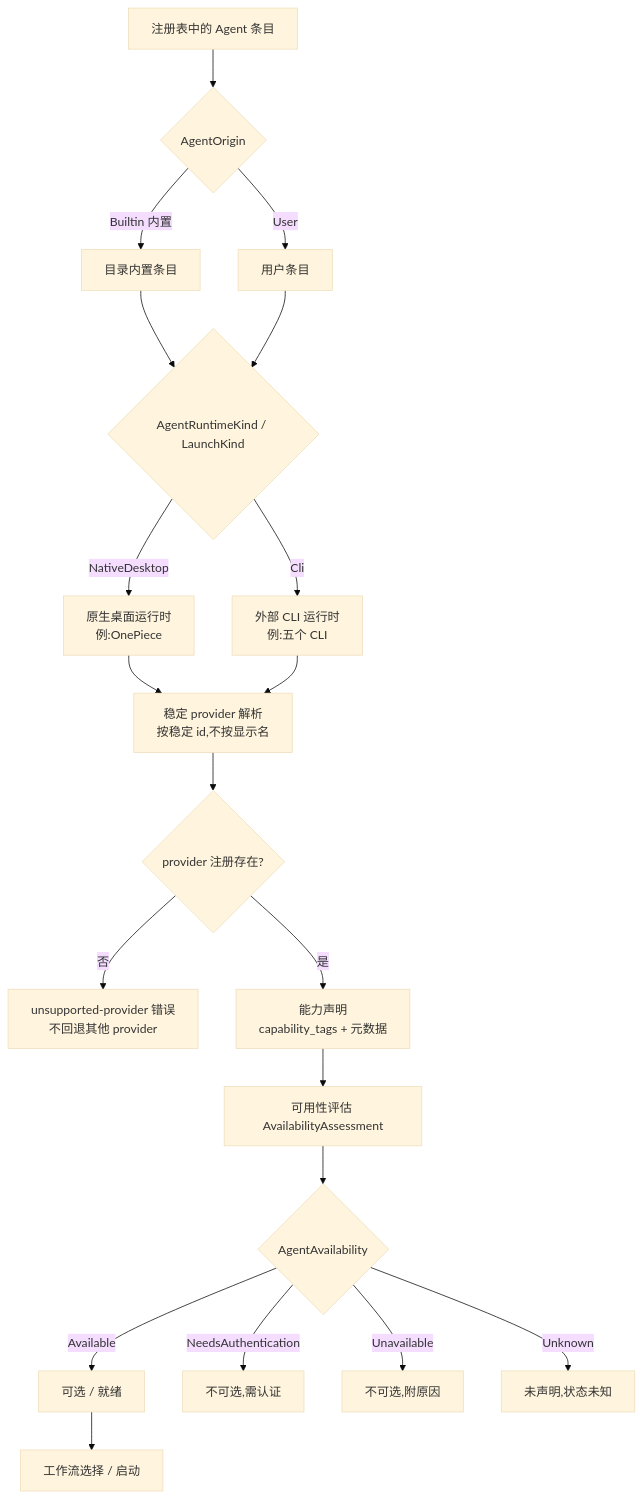
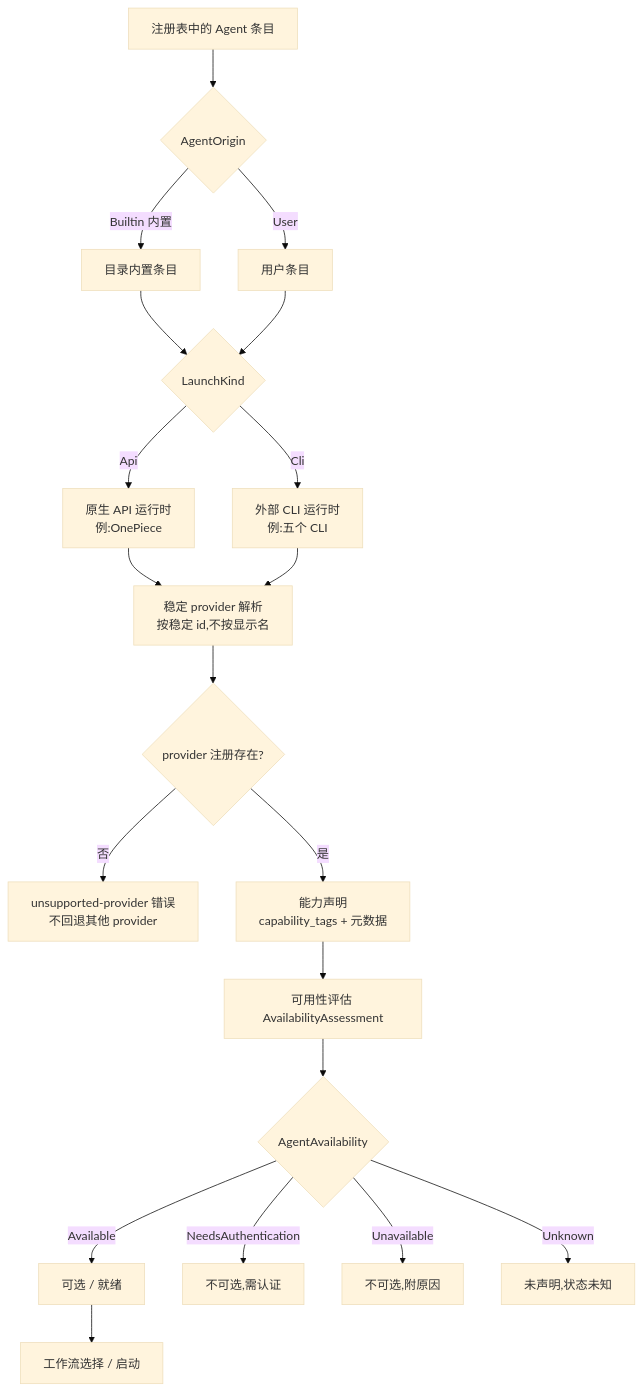
The diagram in docs/developer-guide/zh-CN/src/agent-lifecycle.md (cdavid817/vanehub-ai), drawn with Mermaid (base theme) before and after one commit. The commit also changed other lines of this file and 11 other files, not shown here.

````diff
--- a/docs/developer-guide/zh-CN/src/agent-lifecycle.md
+++ b/docs/developer-guide/zh-CN/src/agent-lifecycle.md
@@ -17,22 +17,22 @@
 ```mermaid
 flowchart TD
     A["注册表中的 Agent 条目"] --> B{"AgentOrigin"}
     B -- "Builtin 内置" --> C["目录内置条目"]
     B -- "User" --> D["用户条目"]
-    C --> E{"AgentRuntimeKind / LaunchKind"}
+    C --> E{"LaunchKind"}
     D --> E
-    E -- "NativeDesktop" --> F["原生桌面运行时<br/>例:OnePiece"]
+    E -- "Api" --> F["原生 API 运行时<br/>例:OnePiece"]
     E -- "Cli" --> G["外部 CLI 运行时<br/>例:五个 CLI"]
     F --> H["稳定 provider 解析<br/>按稳定 id,不按显示名"]
     G --> H
     H --> I{"provider 注册存在?"}
     I -- "否" --> J["unsupported-provider 错误<br/>不回退其他 provider"]
     I -- "是" --> K["能力声明<br/>capability_tags + 元数据"]
     K --> L["可用性评估 AvailabilityAssessment"]
     L --> M{"AgentAvailability"}
     M -- "Available" --> N["可选 / 就绪"]
     M -- "NeedsAuthentication" --> O["不可选,需认证"]
     M -- "Unavailable" --> P["不可选,附原因"]
     M -- "Unknown" --> Q["未声明,状态未知"]
     N --> R["工作流选择 / 启动"]
 ```
````
